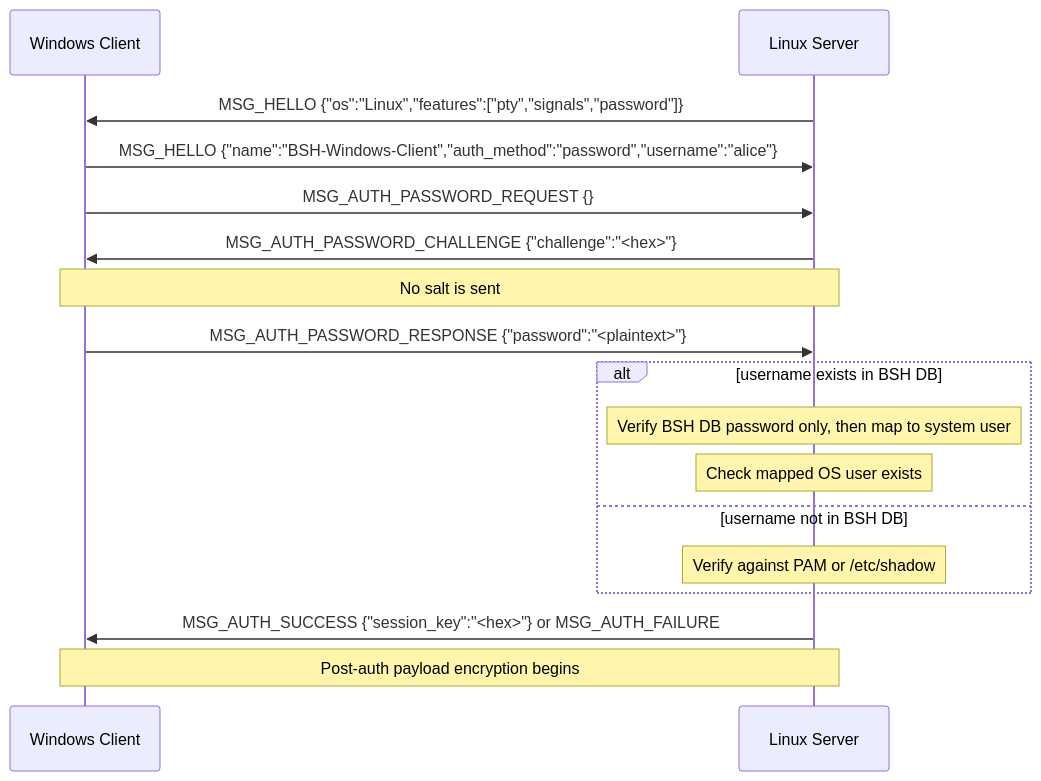
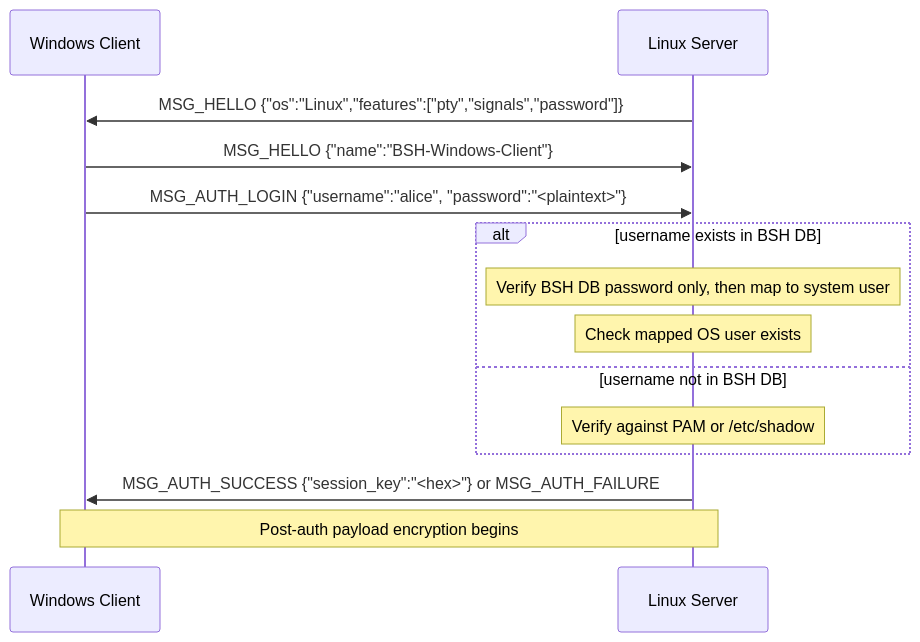
The fourth of 9 diagrams in docs/protocol-security.md (Hacker-SriDhar/OpenBSH), drawn with Mermaid before and after one commit. The commit also changed other lines of this file and 11 other files, not shown here.

````diff
--- a/docs/protocol-security.md
+++ b/docs/protocol-security.md
@@ -187,20 +168,17 @@
 ```mermaid
 sequenceDiagram
     participant WC as Windows Client
     participant LS as Linux Server
 
     LS->>WC: MSG_HELLO {"os":"Linux","features":["pty","signals","password"]}
-    WC->>LS: MSG_HELLO {"name":"BSH-Windows-Client","auth_method":"password","username":"alice"}
-    WC->>LS: MSG_AUTH_PASSWORD_REQUEST {}
-    LS->>WC: MSG_AUTH_PASSWORD_CHALLENGE {"challenge":"<hex>"}
-    Note over LS,WC: No salt is sent
-    WC->>LS: MSG_AUTH_PASSWORD_RESPONSE {"password":"<plaintext>"}
+    WC->>LS: MSG_HELLO {"name":"BSH-Windows-Client"}
+    WC->>LS: MSG_AUTH_LOGIN {"username":"alice", "password":"<plaintext>"}
     alt username exists in BSH DB
         Note over LS: Verify BSH DB password only, then map to system user
         Note over LS: Check mapped OS user exists
     else username not in BSH DB
         Note over LS: Verify against PAM or /etc/shadow
     end
     LS->>WC: MSG_AUTH_SUCCESS {"session_key":"<hex>"} or MSG_AUTH_FAILURE
     Note over WC,LS: Post-auth payload encryption begins
 ```
````
